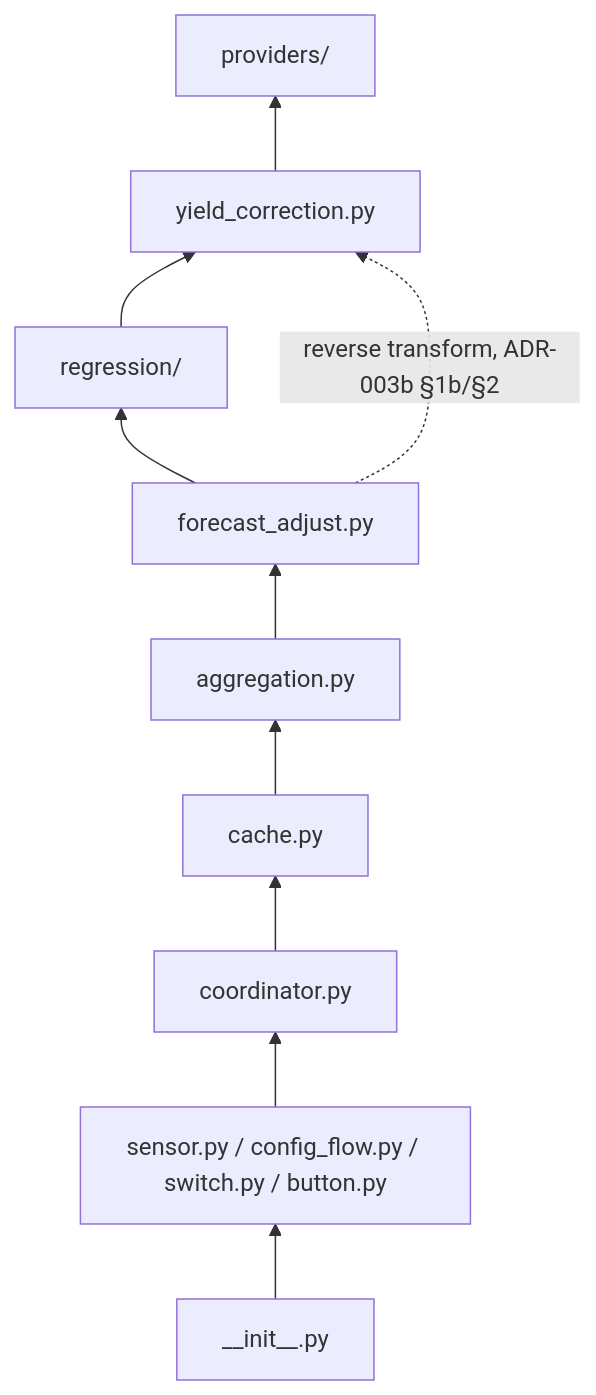
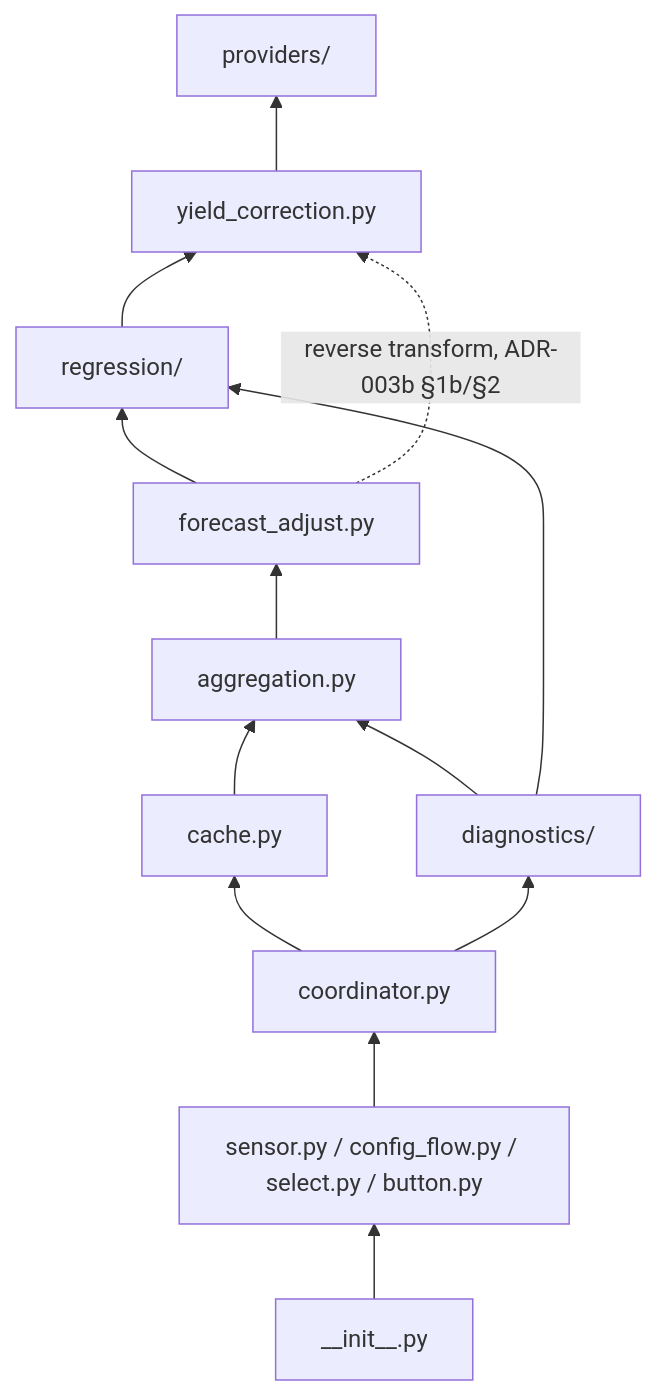
The diagram in adr/000-coding-standards.md (eschnepel/shady), drawn with Mermaid before and after one commit. The commit also changed other lines of this file and 10 other files, not shown here.

````diff
--- a/adr/000-coding-standards.md
+++ b/adr/000-coding-standards.md
@@ -112,22 +126,26 @@
 ```mermaid
 flowchart BT
     providers["providers/"]
     yield_correction["yield_correction.py"]
     regression["regression/"]
     forecast_adjust["forecast_adjust.py"]
     aggregation["aggregation.py"]
+    diagnostics["diagnostics/"]
     cache["cache.py"]
     coordinator["coordinator.py"]
-    entity_glue["sensor.py / config_flow.py / switch.py / button.py"]
+    entity_glue["sensor.py / config_flow.py / select.py / button.py"]
     init["__init__.py"]
 
     yield_correction --> providers
     regression --> yield_correction
     forecast_adjust --> regression
     aggregation --> forecast_adjust
+    diagnostics --> aggregation
+    diagnostics --> regression
     cache --> aggregation
     coordinator --> cache
+    coordinator --> diagnostics
     entity_glue --> coordinator
     init --> entity_glue
     forecast_adjust -.->|"reverse transform, ADR-003b §1b/§2"| yield_correction
 ```
````
